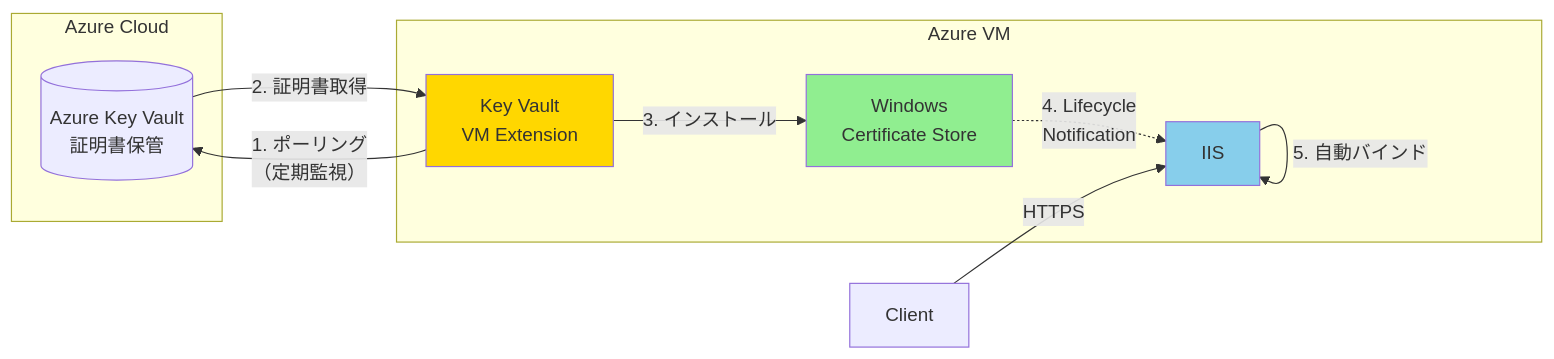
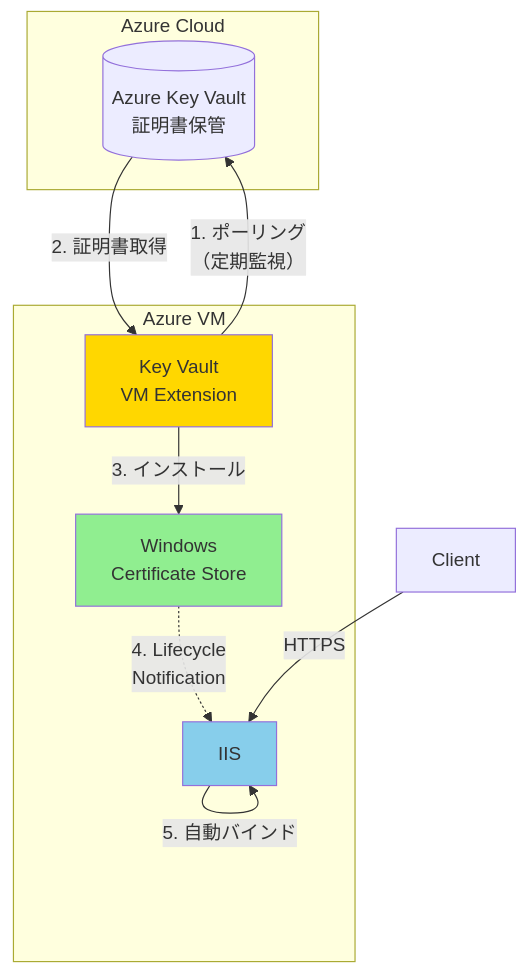
One commit to zukakosan/blog-tech changed the diagram in articles/20260122-iis-sslcert-update.md. Above: the diagram before and after it, drawn with Mermaid. The commit also changed 1 other file, not shown here.

Commit message:
Change mermaid flowchart direction from LR to TB in AKV VM extension diagrams

````diff
--- a/articles/20260122-iis-sslcert-update.md
+++ b/articles/20260122-iis-sslcert-update.md
@@ -149,25 +149,25 @@
 ```mermaid
-flowchart LR
+flowchart TB
     subgraph Azure["Azure Cloud"]
         KV[("Azure Key Vault\n証明書保管")]
     end
     
     subgraph VM["Azure VM"]
         EXT["Key Vault\nVM Extension"]
         STORE["Windows\nCertificate Store"]
         IIS["IIS"]
     end
     
     CLIENT["Client"]
     
     EXT -->|1. ポーリング\n（定期監視）| KV
     KV -->|2. 証明書取得| EXT
     EXT -->|3. インストール| STORE
     STORE -.->|4. Lifecycle\nNotification| IIS
     IIS -->|5. 自動バインド| IIS
     CLIENT -->|HTTPS| IIS
     
     style EXT fill:#FFD700
     style STORE fill:#90EE90
     style IIS fill:#87CEEB
 ```
````
